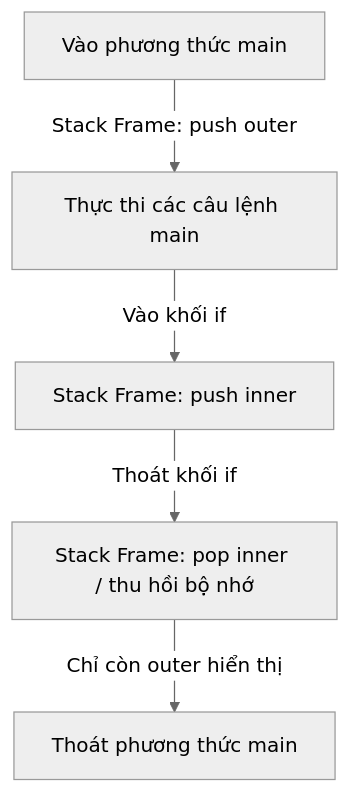
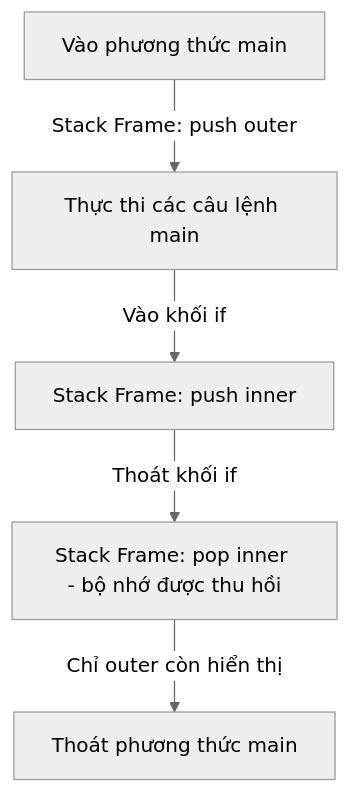
The second of 2 diagrams in vi/02-basic-syntax/theory/04-naming-keywords-blocks-scope.md (PhuThien2005/theoretical-of-java-core), drawn with Mermaid (neutral theme) before and after one commit. The commit also changed other lines of this file and 229 other files, not shown here.

````diff
--- a/vi/02-basic-syntax/theory/04-naming-keywords-blocks-scope.md
+++ b/vi/02-basic-syntax/theory/04-naming-keywords-blocks-scope.md
@@ -114,7 +115,7 @@
 ```mermaid
 flowchart TD
     A[Vào phương thức main] -->|Stack Frame: push outer| B[Thực thi các câu lệnh main]
     B -->|Vào khối if| C[Stack Frame: push inner]
-    C -->|Thoát khối if| D[Stack Frame: pop inner / thu hồi bộ nhớ]
-    D -->|Chỉ còn outer hiển thị| E[Thoát phương thức main]
+    C -->|Thoát khối if| D[Stack Frame: pop inner - bộ nhớ được thu hồi]
+    D -->|Chỉ outer còn hiển thị| E[Thoát phương thức main]
 ```
````
